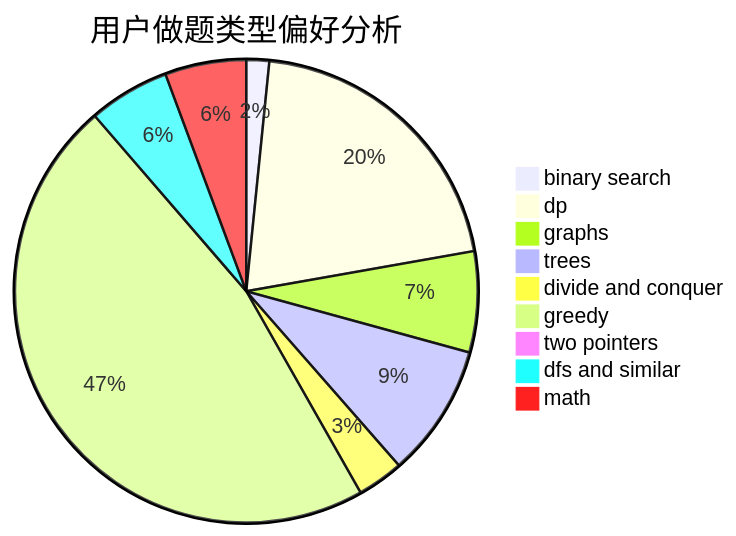
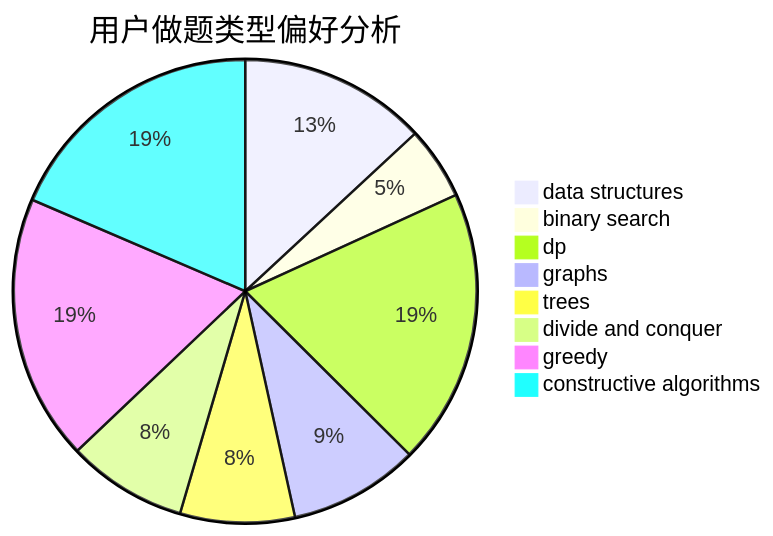
One commit to sherpahu/cfrs.github.io changed the second of 3 diagrams in docs/user/u91.md. Above: the diagram before and after it, drawn with Mermaid. The commit also changed other lines of this file and 2775 other files, not shown here.

````diff
--- a/docs/user/u91.md
+++ b/docs/user/u91.md
@@ -23,12 +23,11 @@
 ```mermaid
 pie title 用户做题类型偏好分析
-    "binary search" :  42
-    "dp" :  542
-    "graphs" :  185
-    "trees" :  244
-    "divide and conquer" :  85
-    "greedy" :  1232
-    "two pointers" :  19
-    "dfs and similar" :  149
-    "math" :  149
+    "data structures" :  36
+    "binary search" :  14
+    "dp" :  53
+    "graphs" :  25
+    "trees" :  22
+    "divide and conquer" :  23
+    "greedy" :  51
+    "constructive algorithms" :  51
 ```
````
